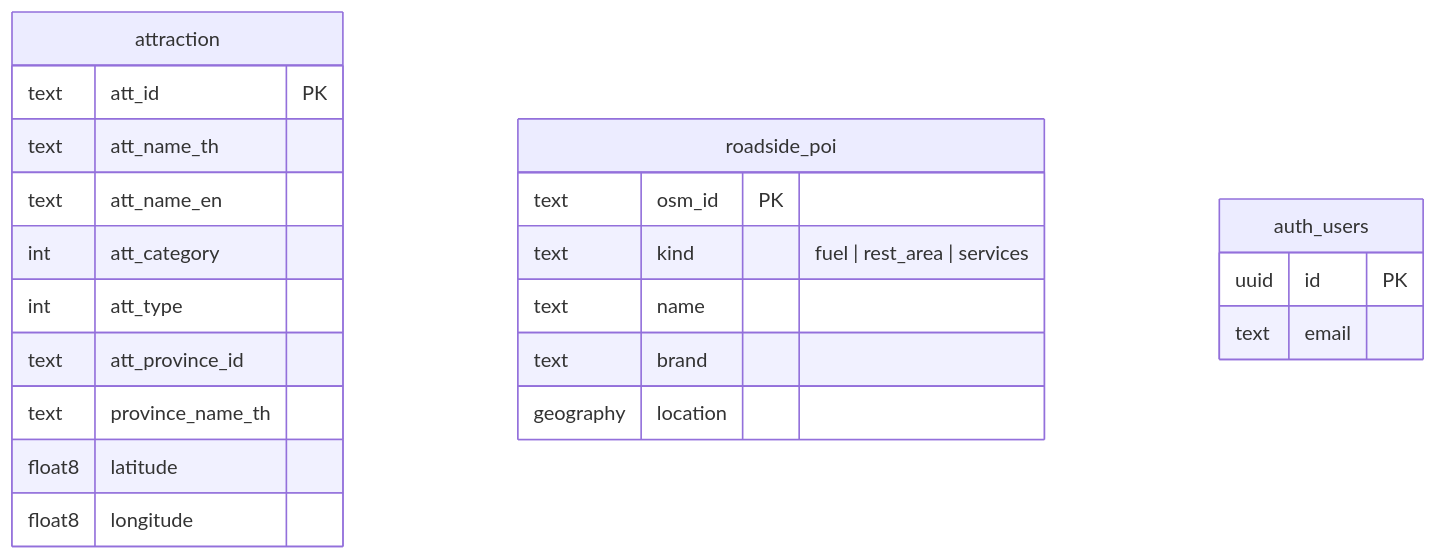
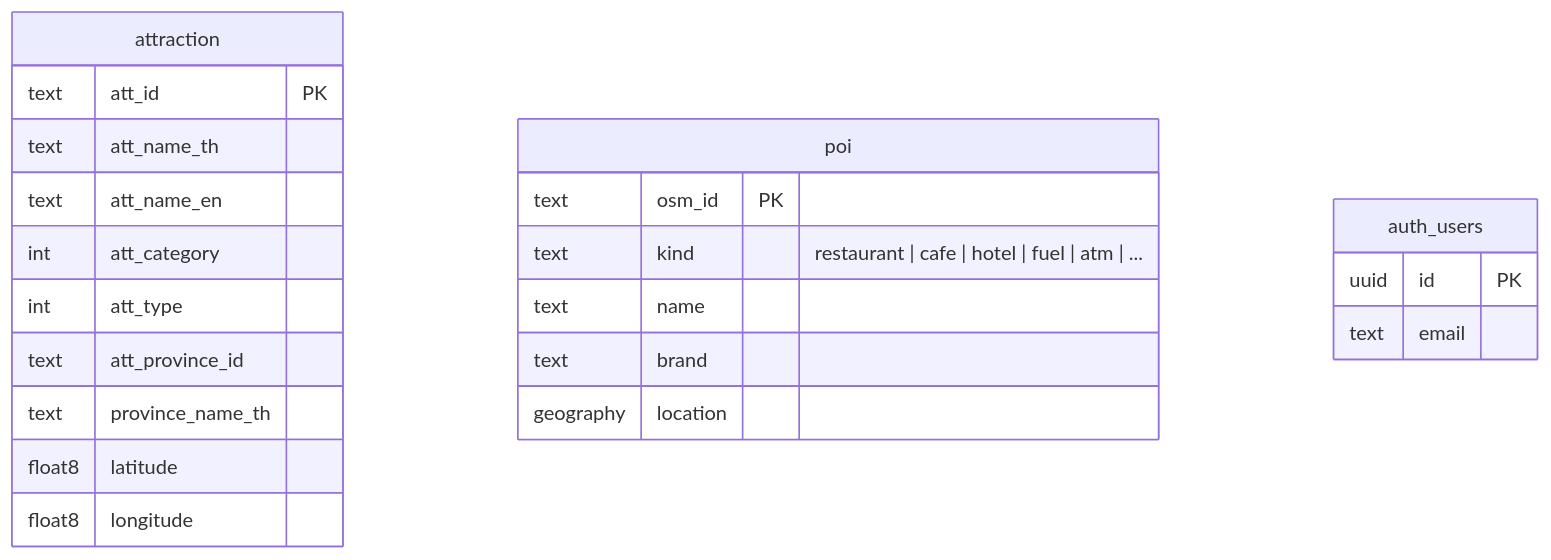
The second of 2 diagrams in README.md (nutchannarong/aiattraction), drawn with Mermaid before and after one commit. The commit also changed other lines of this file and 33 other files, not shown here.

````diff
--- a/README.md
+++ b/README.md
@@ -70,25 +70,25 @@
 ```mermaid
 erDiagram
   attraction {
     text att_id PK
     text att_name_th
     text att_name_en
     int att_category
     int att_type
     text att_province_id
     text province_name_th
     float8 latitude
     float8 longitude
   }
-  roadside_poi {
+  poi {
     text osm_id PK
-    text kind "fuel | rest_area | services"
+    text kind "restaurant | cafe | hotel | fuel | atm | ..."
     text name
     text brand
     geography location
   }
   auth_users {
     uuid id PK
     text email
   }
 ```
````
